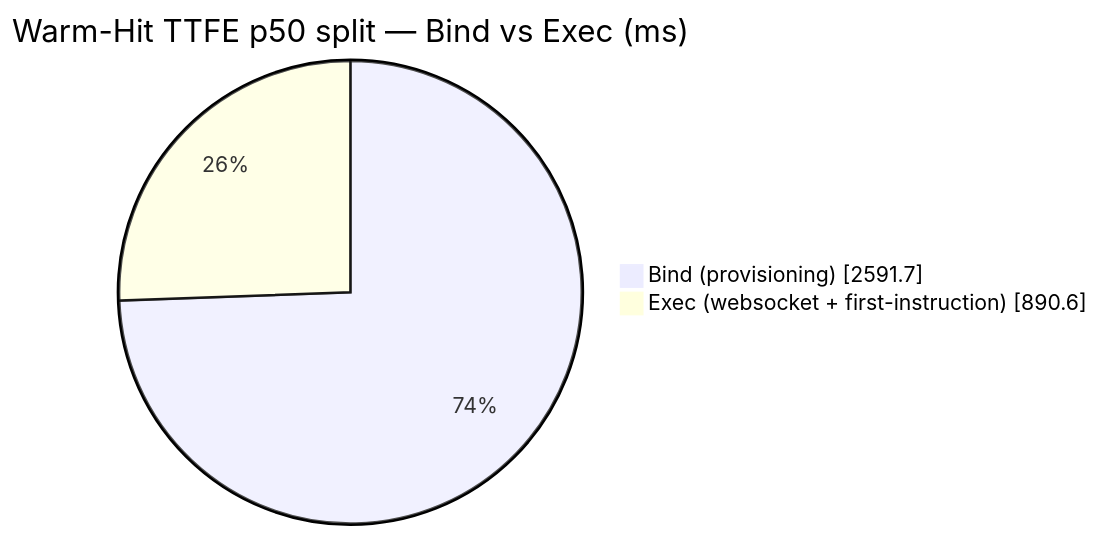
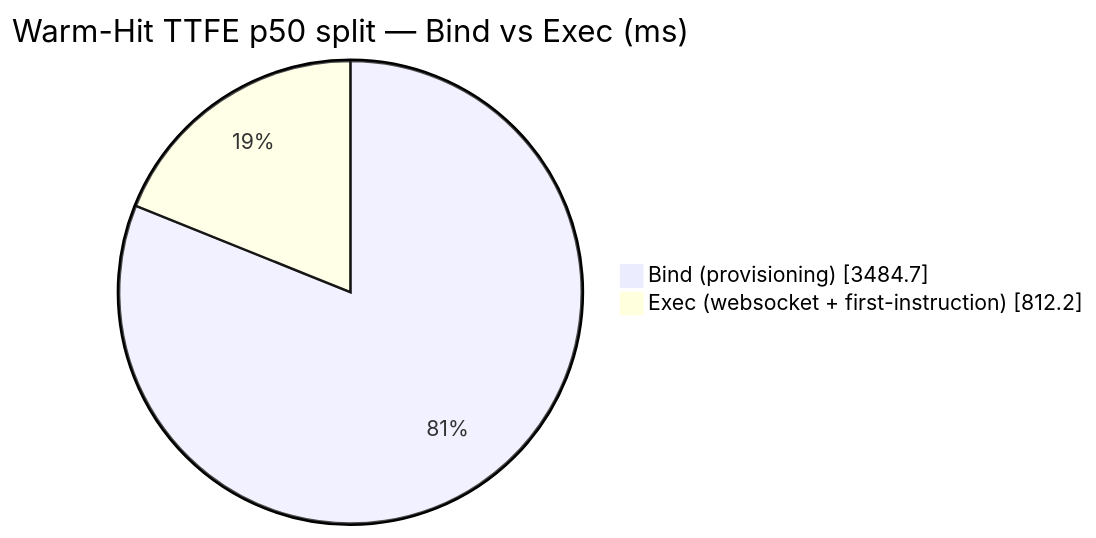
The diagram in DETAILS.md (AlexBulankou/honest-bench), drawn with Mermaid before and after one commit. The commit also changed other lines of this file and 4 other files, not shown here.

````diff
--- a/DETAILS.md
+++ b/DETAILS.md
@@ -90,6 +91,6 @@
 ```mermaid
 pie showData
     title Warm-Hit TTFE p50 split — Bind vs Exec (ms)
-    "Bind (provisioning)" : 2591.7
-    "Exec (websocket + first-instruction)" : 890.6
+    "Bind (provisioning)" : 3484.7
+    "Exec (websocket + first-instruction)" : 812.2
 ```
````
